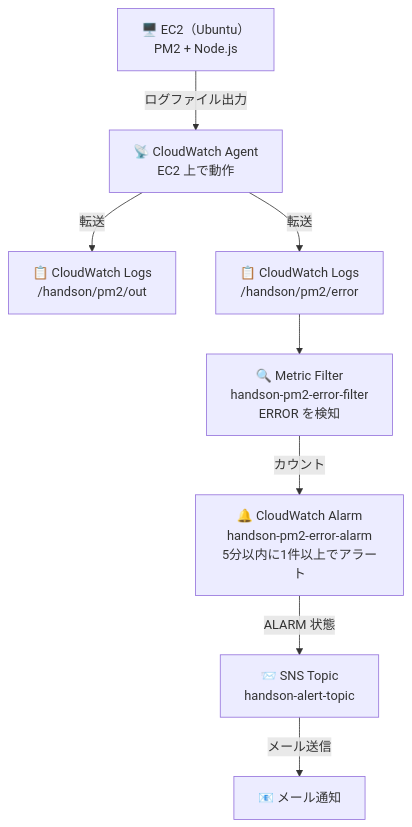
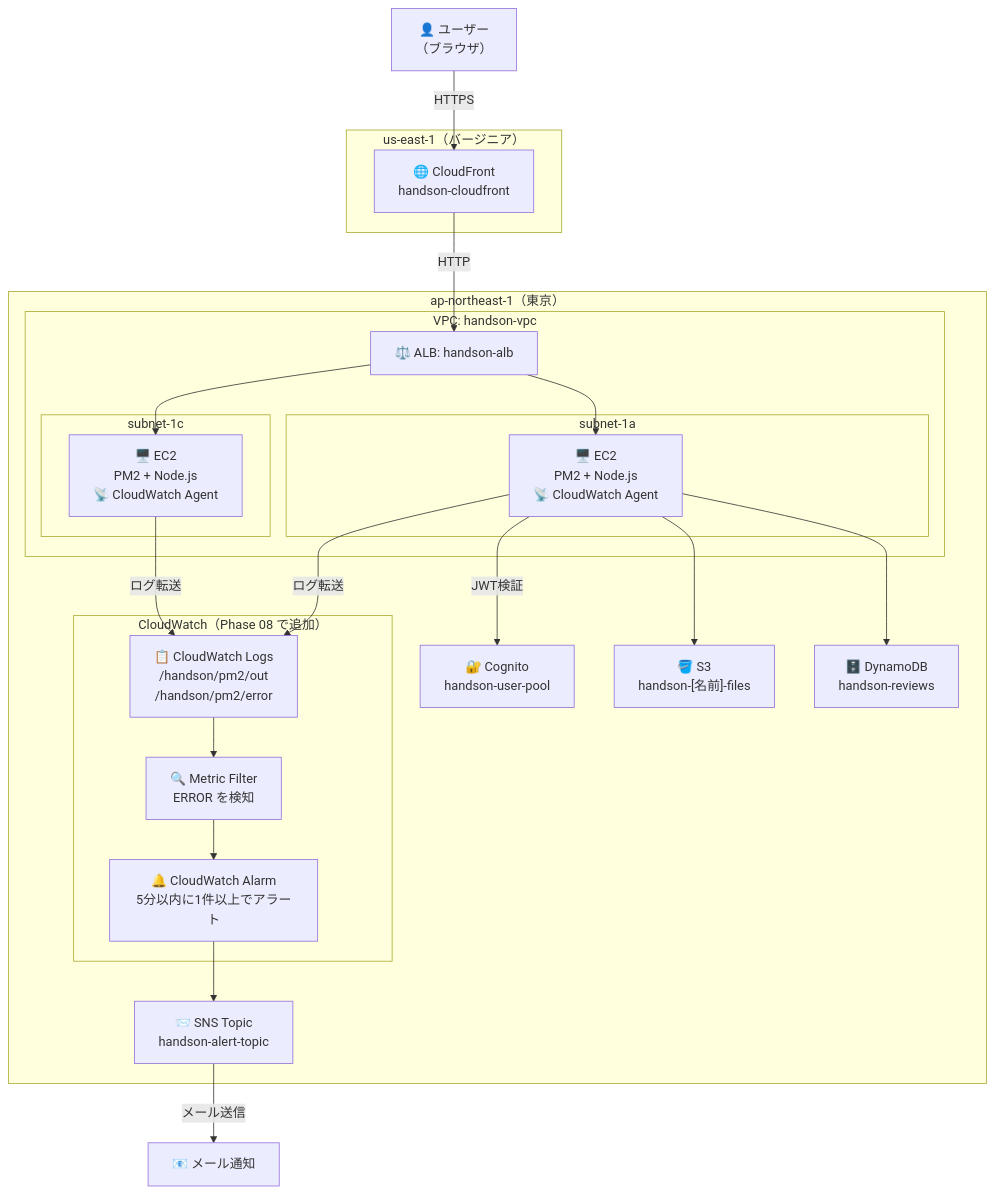
One commit to ohtsuka-shota-se/samurai-repo changed the diagram in docs/08_CloudWatch_SNS_ハンズオン手順.md. Above: the diagram before and after it, drawn with Mermaid.

Commit message:
add phase08 mermaid

````diff
--- a/docs/08_CloudWatch_SNS_ハンズオン手順.md
+++ b/docs/08_CloudWatch_SNS_ハンズオン手順.md
@@ -26,19 +26,48 @@
 ```mermaid
 graph TB
-    EC2["🖥️ EC2（Ubuntu）\nPM2 + Node.js"]
-    CWA["📡 CloudWatch Agent\nEC2 上で動作"]
-    CWL_OUT["📋 CloudWatch Logs\n/handson/pm2/out"]
-    CWL_ERR["📋 CloudWatch Logs\n/handson/pm2/error"]
-    MF["🔍 Metric Filter\nhandson-pm2-error-filter\nERROR を検知"]
-    ALARM["🔔 CloudWatch Alarm\nhandson-pm2-error-alarm\n5分以内に1件以上でアラート"]
-    SNS["📨 SNS Topic\nhandson-alert-topic"]
+    User["👤 ユーザー\n（ブラウザ）"]
     EMAIL["📧 メール通知"]
 
-    EC2 -->|ログファイル出力| CWA
-    CWA -->|転送| CWL_OUT
-    CWA -->|転送| CWL_ERR
-    CWL_ERR --> MF
-    MF -->|カウント| ALARM
-    ALARM -->|ALARM 状態| SNS
+    subgraph Virginia["us-east-1（バージニア）"]
+        CF["🌐 CloudFront\nhandson-cloudfront"]
+    end
+
+    subgraph Tokyo["ap-northeast-1（東京）"]
+        Cognito["🔐 Cognito\nhandson-user-pool"]
+
+        subgraph VPC["VPC: handson-vpc"]
+            ALB["⚖️ ALB: handson-alb"]
+            subgraph SubnetA["subnet-1a"]
+                EC2A["🖥️ EC2\nPM2 + Node.js\n📡 CloudWatch Agent"]
+            end
+            subgraph SubnetC["subnet-1c"]
+                EC2C["🖥️ EC2\nPM2 + Node.js\n📡 CloudWatch Agent"]
+            end
+            ALB --> EC2A
+            ALB --> EC2C
+        end
+
+        S3["🪣 S3\nhandson-[名前]-files"]
+        DDB["🗄️ DynamoDB\nhandson-reviews"]
+
+        subgraph CW["CloudWatch（Phase 08 で追加）"]
+            CWL["📋 CloudWatch Logs\n/handson/pm2/out\n/handson/pm2/error"]
+            MF["🔍 Metric Filter\nERROR を検知"]
+            ALARM["🔔 CloudWatch Alarm\n5分以内に1件以上でアラート"]
+        end
+
+        SNS["📨 SNS Topic\nhandson-alert-topic"]
+    end
+
+    User -->|HTTPS| CF
+    CF -->|HTTP| ALB
+    EC2A -->|ログ転送| CWL
+    EC2C -->|ログ転送| CWL
+    EC2A --> S3
+    EC2A --> DDB
+    EC2A -->|JWT検証| Cognito
+    CWL --> MF
+    MF --> ALARM
+    ALARM --> SNS
     SNS -->|メール送信| EMAIL
 ```
````
